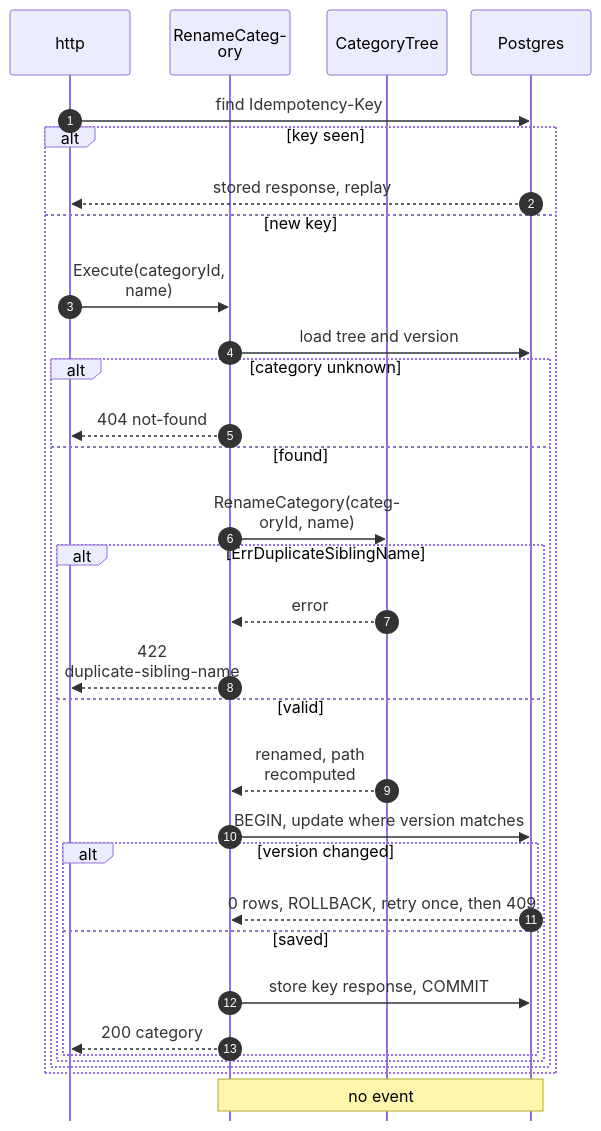
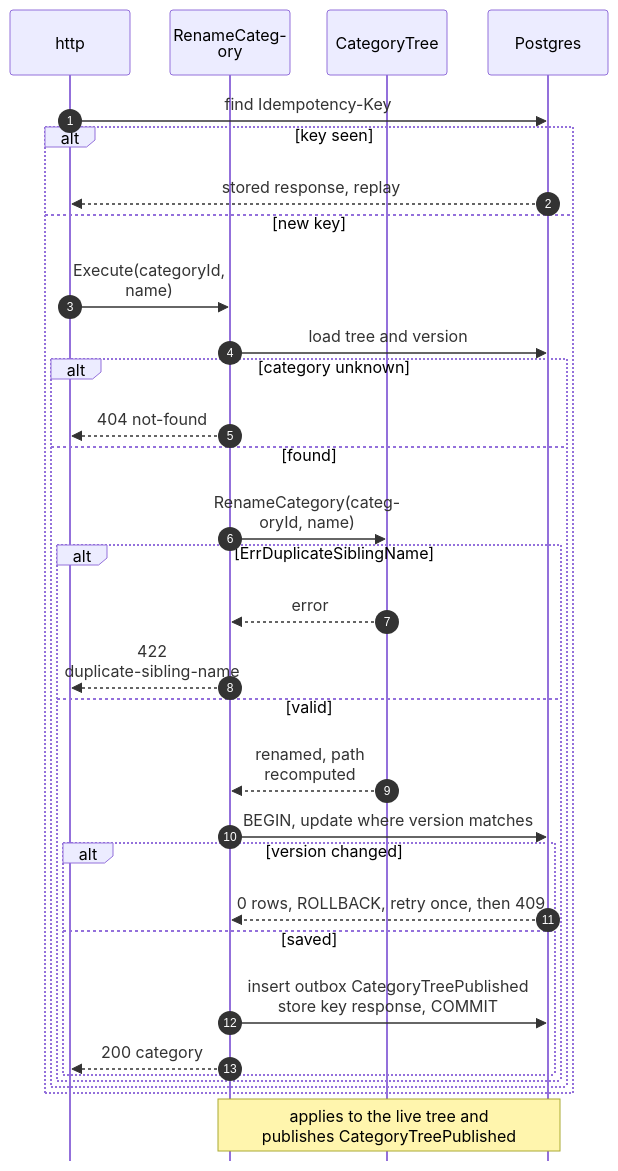
Before and after one commit to IQVO/warehouse-docs: the eighth of 10 diagrams in storefront/docs/contexts/product-content/sequence-diagrams.md, drawn with Mermaid. The commit also changed other lines of this file and 16 other files, not shown here.

````diff
--- a/storefront/docs/contexts/product-content/sequence-diagrams.md
+++ b/storefront/docs/contexts/product-content/sequence-diagrams.md
@@ -371,35 +385,35 @@
 ```mermaid
 %%{init: {"sequence": {"wrap": true, "width": 120, "actorMargin": 24, "messageMargin": 28, "boxMargin": 6, "noteMargin": 6, "mirrorActors": false}}}%%
 sequenceDiagram
     autonumber
     participant H as http
     participant UC as RenameCategory
     participant T as CategoryTree
     participant DB as Postgres
     H->>DB: find Idempotency-Key
     alt key seen
         DB-->>H: stored response, replay
     else new key
         H->>UC: Execute(categoryId, name)
         UC->>DB: load tree and version
         alt category unknown
             UC-->>H: 404 not-found
         else found
             UC->>T: RenameCategory(categoryId, name)
             alt ErrDuplicateSiblingName
                 T-->>UC: error
                 UC-->>H: 422 duplicate-sibling-name
             else valid
                 T-->>UC: renamed, path recomputed
                 UC->>DB: BEGIN, update where version matches
                 alt version changed
                     DB-->>UC: 0 rows, ROLLBACK, retry once, then 409
                 else saved
-                    UC->>DB: store key response, COMMIT
+                    UC->>DB: insert outbox CategoryTreePublished<br/>store key response, COMMIT
                     UC-->>H: 200 category
                 end
             end
         end
     end
-    Note over UC,DB: no event
+    Note over UC,DB: applies to the live tree and<br/>publishes CategoryTreePublished
 ```
````
